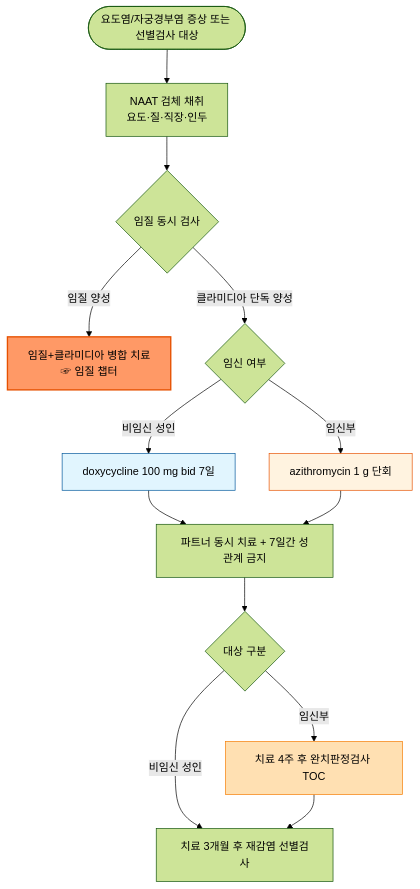
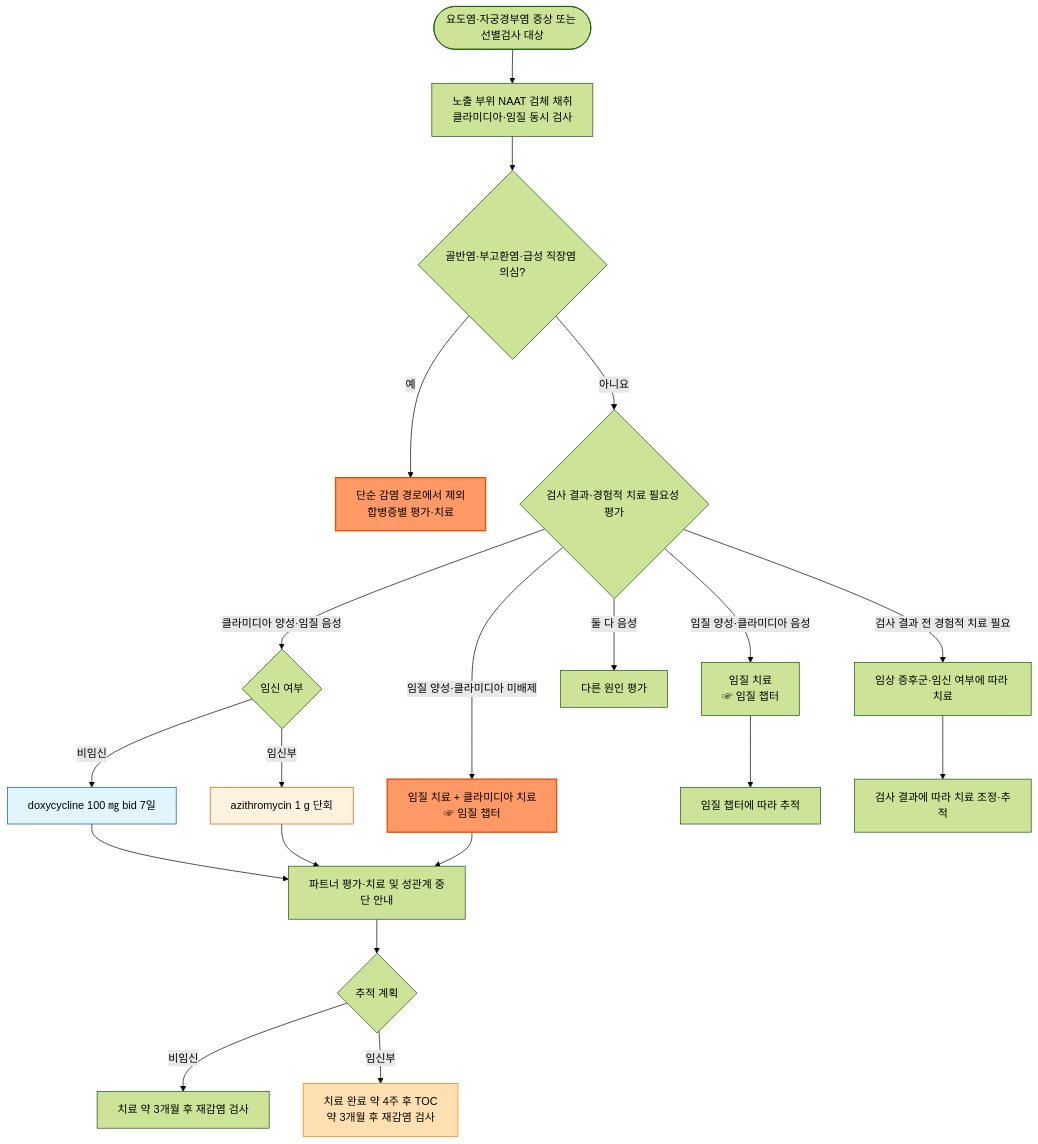
The diagram in 227_/115_-4.chlamydia.md (familyoh77/familyoh77), drawn with Mermaid (forest theme) before and after one commit. The commit also changed other lines of this file and 3 other files, not shown here.

````diff
--- a/227_/115_-4.chlamydia.md
+++ b/227_/115_-4.chlamydia.md
@@ -74,19 +76,27 @@
 ```mermaid
 graph TD
-    A([요도염/자궁경부염 증상 또는 선별검사 대상]) --> B[NAAT 검체 채취<br/>요도·질·직장·인두]
-    B --> C{임질 동시 검사}
-    C -->|임질 양성| D[임질+클라미디아 병합 치료<br/>☞ 임질 챕터]
-    C -->|클라미디아 단독 양성| E{임신 여부}
-    E -->|비임신 성인| F[doxycycline 100 mg bid 7일]
-    E -->|임신부| G[azithromycin 1 g 단회]
-    F --> H[파트너 동시 치료 + 7일간 성관계 금지]
-    G --> H
-    H --> I{대상 구분}
-    I -->|비임신 성인| J[치료 3개월 후 재감염 선별검사]
-    I -->|임신부| K[치료 4주 후 완치판정검사 TOC]
-    K --> J
-    style D fill:#f96,stroke:#e65100,stroke-width:2px
-    style F fill:#e1f5fe,stroke:#01579b
-    style G fill:#fff3e0,stroke:#e65100
-    style K fill:#ffe0b2,stroke:#f57c00
+    A([요도염·자궁경부염 증상 또는 선별검사 대상]) --> B[노출 부위 NAAT 검체 채취<br/>클라미디아·임질 동시 검사]
+    B --> C{골반염·부고환염·급성 직장염 의심?}
+    C -->|예| X[단순 감염 경로에서 제외<br/>합병증별 평가·치료]
+    C -->|아니요| D{검사 결과·경험적 치료 필요성 평가}
+    D -->|클라미디아 양성·임질 음성| E{임신 여부}
+    D -->|임질 양성·클라미디아 미배제| F[임질 치료 + 클라미디아 치료<br/>☞ 임질 챕터]
+    D -->|임질 양성·클라미디아 음성| G[임질 치료<br/>☞ 임질 챕터]
+    D -->|둘 다 음성| H[다른 원인 평가]
+    D -->|검사 결과 전 경험적 치료 필요| I[임상 증후군·임신 여부에 따라 치료]
+    E -->|비임신| J[doxycycline 100 ㎎ bid 7일]
+    E -->|임신부| K[azithromycin 1 g 단회]
+    J --> L[파트너 평가·치료 및 성관계 중단 안내]
+    K --> L
+    F --> L
+    G --> P[임질 챕터에 따라 추적]
+    I --> Q[검사 결과에 따라 치료 조정·추적]
+    L --> M{추적 계획}
+    M -->|비임신| N[치료 약 3개월 후 재감염 검사]
+    M -->|임신부| O[치료 완료 약 4주 후 TOC<br/>약 3개월 후 재감염 검사]
+    style X fill:#f96,stroke:#e65100,stroke-width:2px
+    style F fill:#f96,stroke:#e65100,stroke-width:2px
+    style J fill:#e1f5fe,stroke:#01579b
+    style K fill:#fff3e0,stroke:#e65100
+    style O fill:#ffe0b2,stroke:#f57c00
 ```
````
